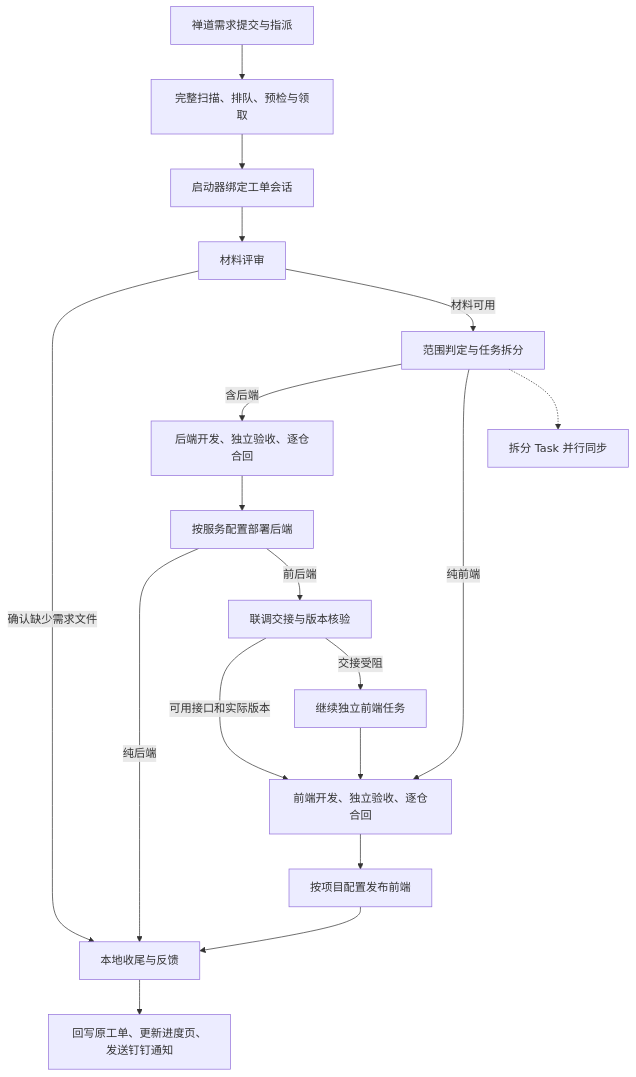
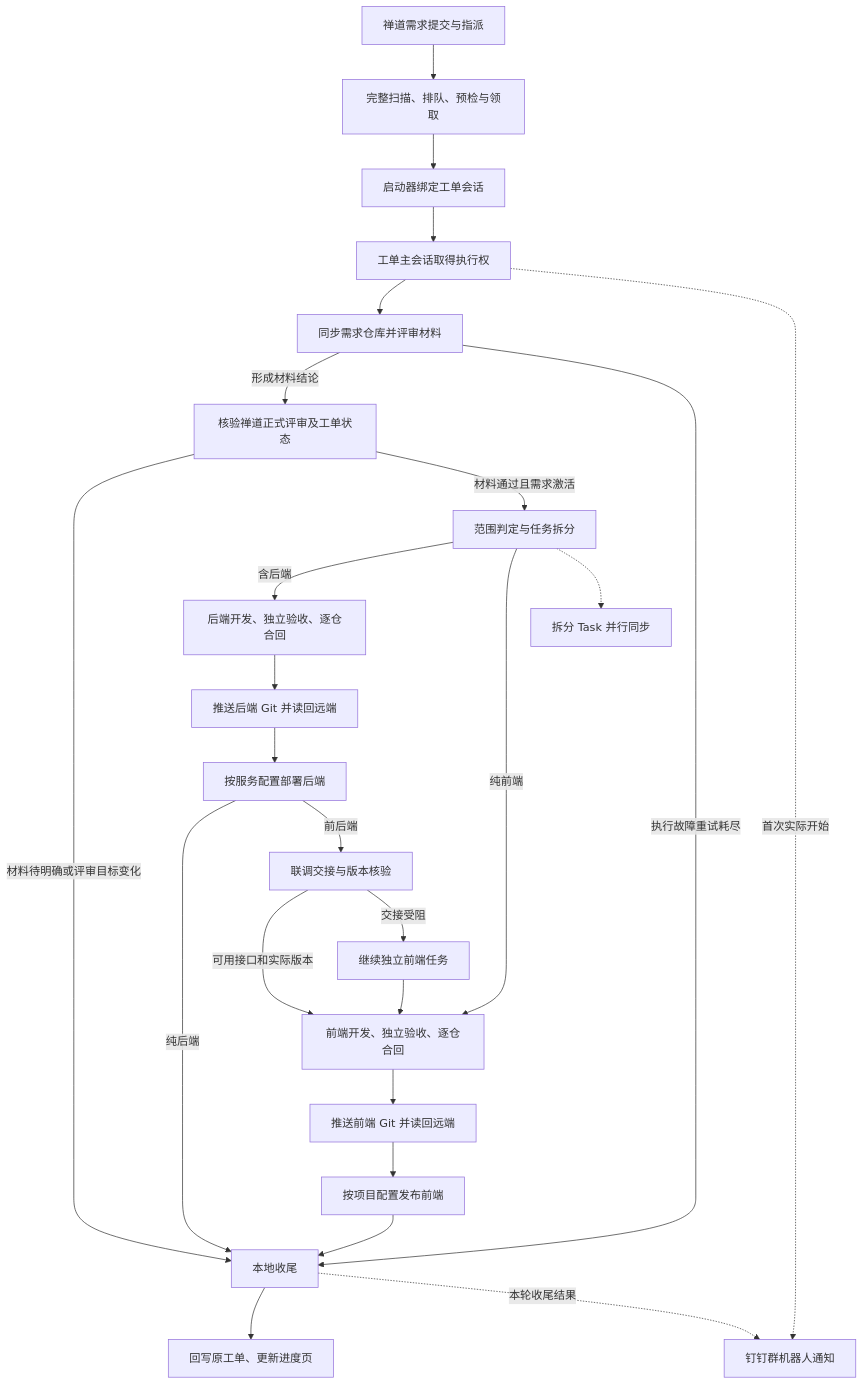
One commit to hewenchun1314/RealtimeMonitoringandMultiwarehouseCollaboration changed the second of 15 diagrams in docs/完整的设计实现整理.md. Above: the diagram before and after it, drawn with Mermaid. The commit also changed other lines of this file and 1 other file, not shown here.

````diff
--- a/docs/完整的设计实现整理.md
+++ b/docs/完整的设计实现整理.md
@@ -9,20 +29,27 @@
 ```mermaid
 flowchart TD
     A[禅道需求提交与指派] --> B[完整扫描、排队、预检与领取]
     B --> C[启动器绑定工单会话]
-    C --> D[材料评审]
-    D -->|确认缺少需求文件| K[本地收尾与反馈]
-    D -->|材料可用| E[范围判定与任务拆分]
+    C --> S[工单主会话取得执行权]
+    S --> D[同步需求仓库并评审材料]
+    S -.->|首次实际开始| N[钉钉群机器人通知]
+    D -->|形成材料结论| R[核验禅道正式评审及工单状态]
+    D -->|执行故障重试耗尽| K[本地收尾]
+    R -->|材料待明确或评审目标变化| K
+    R -->|材料通过且需求激活| E[范围判定与任务拆分]
     E -->|含后端| F[后端开发、独立验收、逐仓合回]
-    F --> G[按服务配置部署后端]
+    F --> FP[推送后端 Git 并读回远端]
+    FP --> G[按服务配置部署后端]
     G -->|纯后端| K
     G -->|前后端| H[联调交接与版本核验]
     H -->|可用接口和实际版本| I[前端开发、独立验收、逐仓合回]
     H -->|交接受阻| I2[继续独立前端任务]
     E -->|纯前端| I
     I2 --> I
-    I --> J[按项目配置发布前端]
+    I --> IP[推送前端 Git 并读回远端]
+    IP --> J[按项目配置发布前端]
     J --> K
     E -.-> T[拆分 Task 并行同步]
-    K --> Z[回写原工单、更新进度页、发送钉钉通知]
+    K --> Z[回写原工单、更新进度页]
+    K -.->|本轮收尾结果| N
 ```
````
